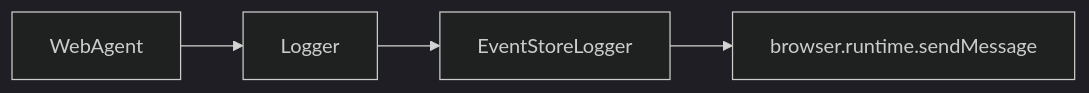
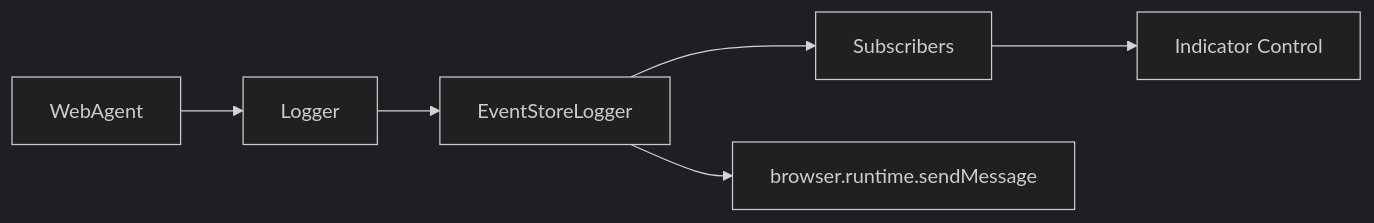
One commit to mozilla/pilo changed the third of 5 diagrams in extension/docs/task-execution-flow.md. Above: the diagram before and after it, drawn with Mermaid (dark theme). The commit also changed other lines of this file, not shown here.

````diff
--- a/extension/docs/task-execution-flow.md
+++ b/extension/docs/task-execution-flow.md
@@ -513,6 +645,8 @@
 ```mermaid
 graph LR
     WA[WebAgent] --> L[Logger]
     L --> ESL[EventStoreLogger]
+    ESL --> SUB[Subscribers]
     ESL --> BR[browser.runtime.sendMessage]
+    SUB --> IND[Indicator Control]
 ```
````
